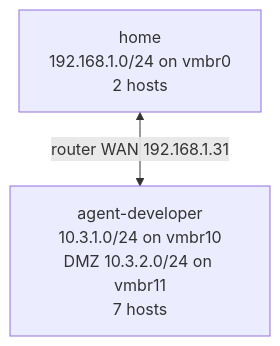
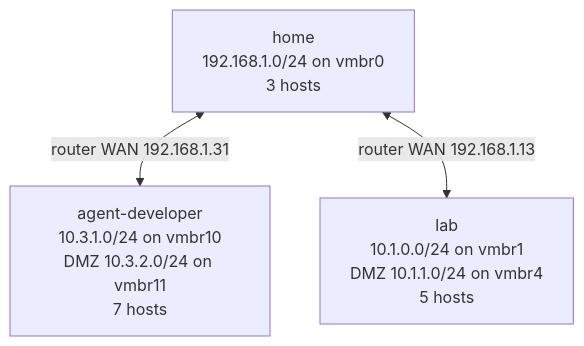
One commit to mwgolden/nixos changed the diagram in docs/network-diagrams/README.md. Above: the diagram before and after it, drawn with Mermaid. The commit also changed other lines of this file and 28 other files, not shown here.

````diff
--- a/docs/network-diagrams/README.md
+++ b/docs/network-diagrams/README.md
@@ -10,6 +11,8 @@
 ```mermaid
 flowchart TB
     n_agent_developer["agent-developer<br/>10.3.1.0/24 on vmbr10<br/>DMZ 10.3.2.0/24 on vmbr11<br/>7 hosts"]
-    n_home["home<br/>192.168.1.0/24 on vmbr0<br/>2 hosts"]
+    n_home["home<br/>192.168.1.0/24 on vmbr0<br/>3 hosts"]
+    n_lab["lab<br/>10.1.0.0/24 on vmbr1<br/>DMZ 10.1.1.0/24 on vmbr4<br/>5 hosts"]
     n_home <-->|"router WAN 192.168.1.31"| n_agent_developer
+    n_home <-->|"router WAN 192.168.1.13"| n_lab
 ```
````
